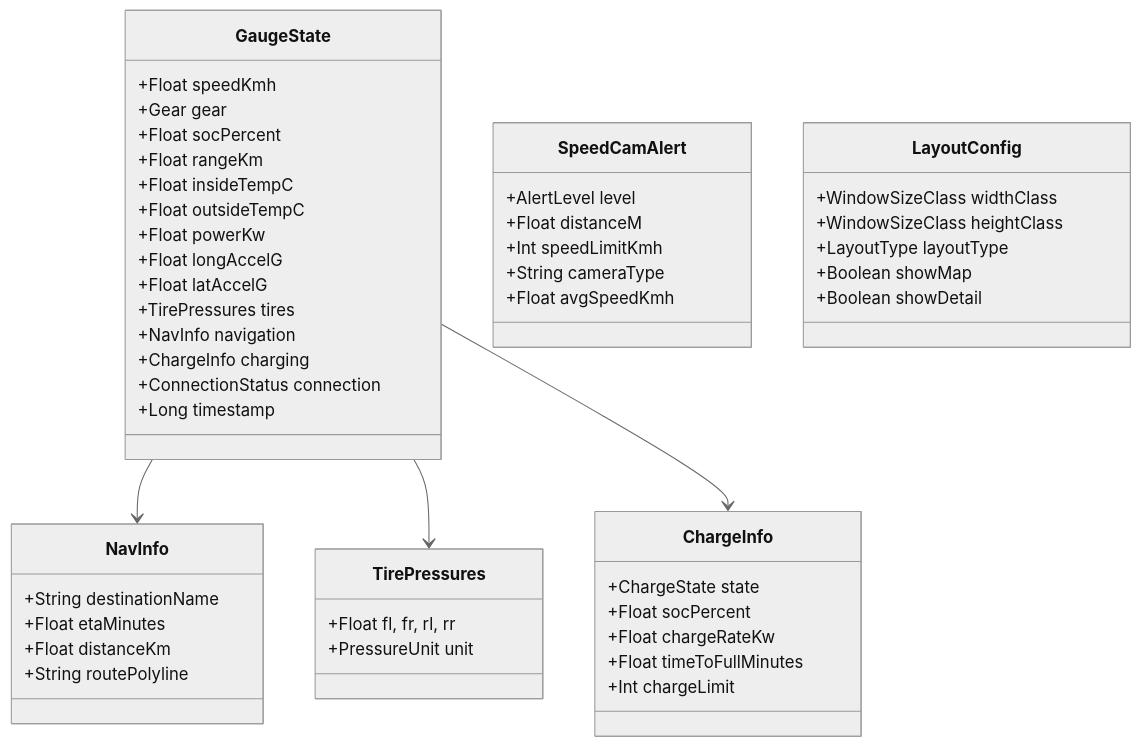
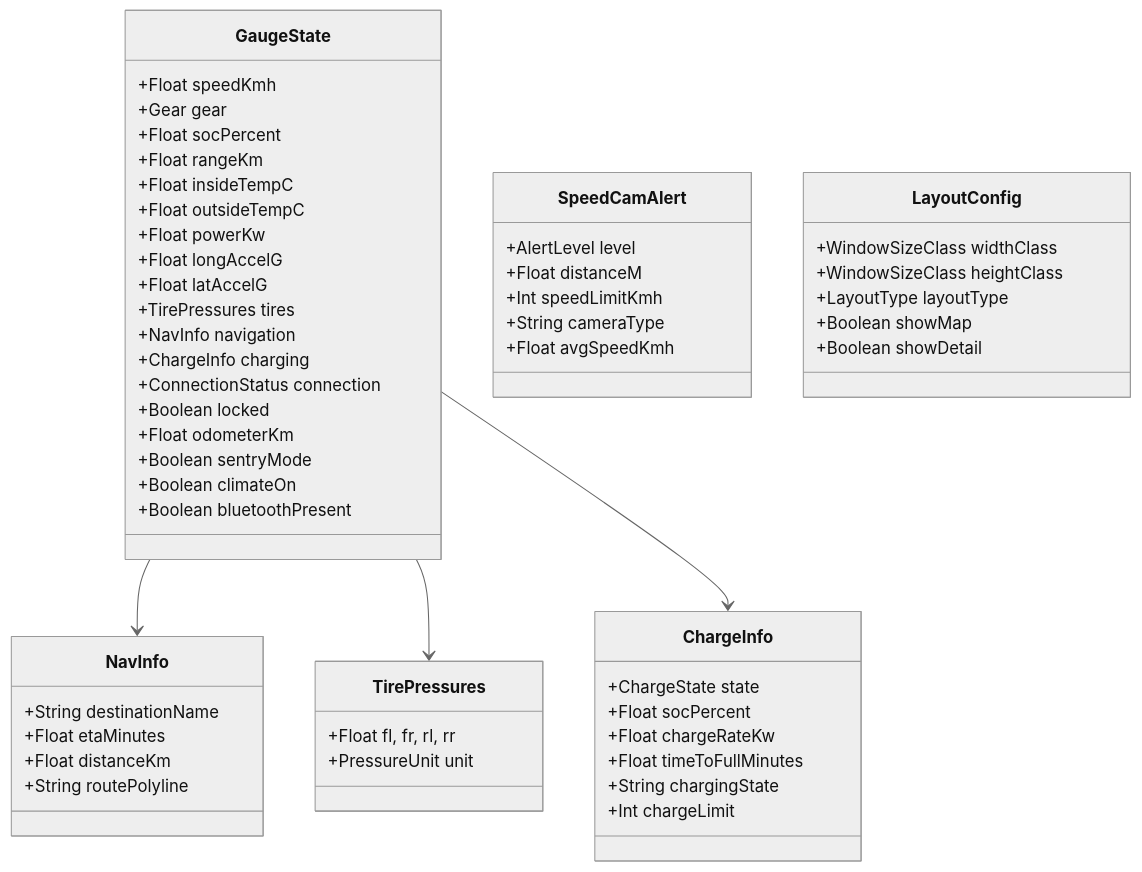
One commit to yskwon-wayforyou/MyT changed the ninth of 10 diagrams in docs/04-architecture/data-flow.md. Above: the diagram before and after it, drawn with Mermaid (neutral theme). The commit also changed other lines of this file and 330 other files, not shown here.

````diff
--- a/docs/04-architecture/data-flow.md
+++ b/docs/04-architecture/data-flow.md
@@ -245,59 +251,64 @@
 ```mermaid
 classDiagram
   class GaugeState {
     +Float speedKmh
     +Gear gear
     +Float socPercent
     +Float rangeKm
     +Float insideTempC
     +Float outsideTempC
     +Float powerKw
     +Float longAccelG
     +Float latAccelG
     +TirePressures tires
     +NavInfo navigation
     +ChargeInfo charging
     +ConnectionStatus connection
-    +Long timestamp
+    +Boolean locked
+    +Float odometerKm
+    +Boolean sentryMode
+    +Boolean climateOn
+    +Boolean bluetoothPresent
   }
 
   class NavInfo {
     +String destinationName
     +Float etaMinutes
     +Float distanceKm
     +String routePolyline
   }
 
   class TirePressures {
     +Float fl, fr, rl, rr
     +PressureUnit unit
   }
 
   class ChargeInfo {
     +ChargeState state
     +Float socPercent
     +Float chargeRateKw
     +Float timeToFullMinutes
+    +String chargingState
     +Int chargeLimit
   }
 
   class SpeedCamAlert {
     +AlertLevel level
     +Float distanceM
     +Int speedLimitKmh
     +String cameraType
     +Float avgSpeedKmh
   }
 
   class LayoutConfig {
     +WindowSizeClass widthClass
     +WindowSizeClass heightClass
     +LayoutType layoutType
     +Boolean showMap
     +Boolean showDetail
   }
 
   GaugeState --> NavInfo
   GaugeState --> TirePressures
   GaugeState --> ChargeInfo
 ```
````
